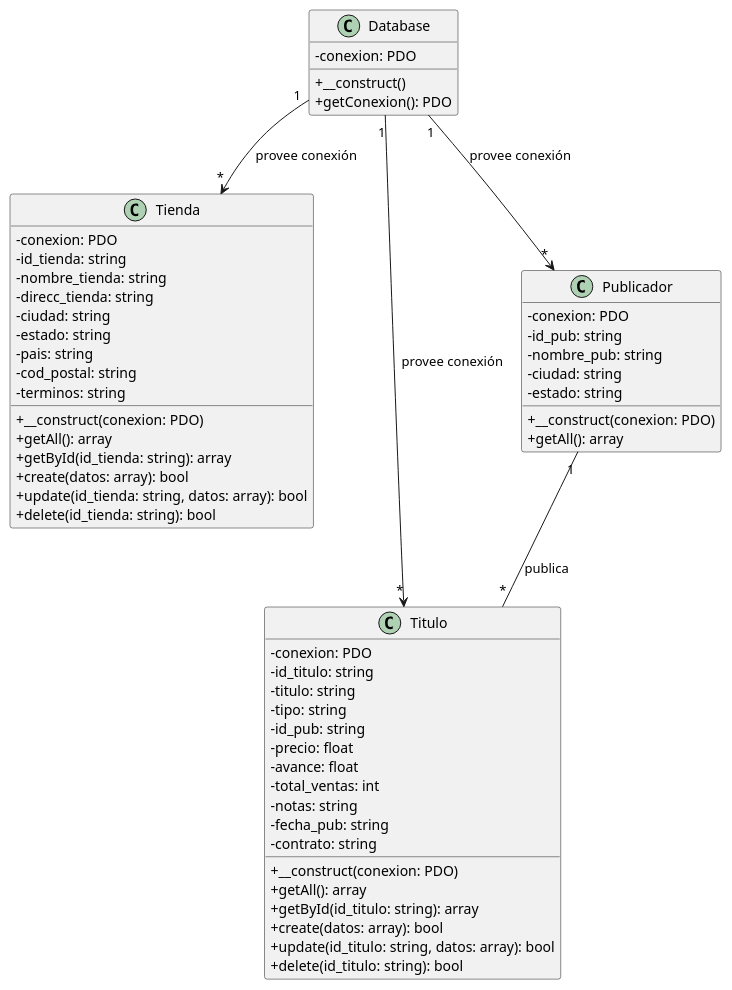
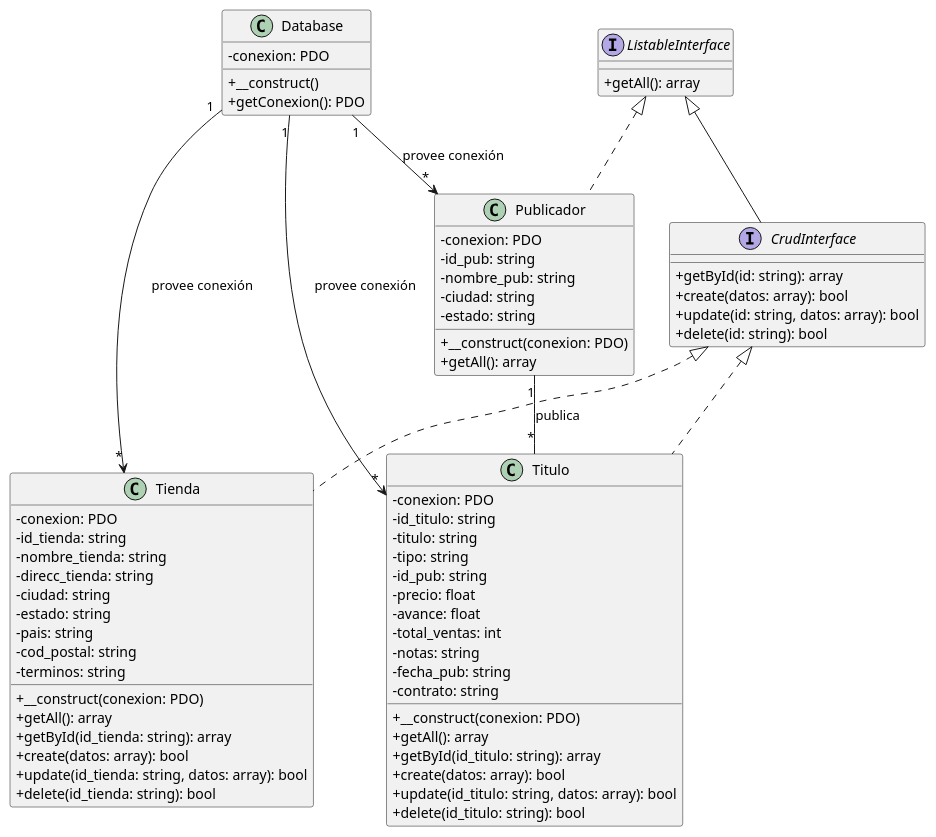
Before and after one commit to viloriorosa09-dot/bookmanager: the diagram in docs/uml/diagrama-clases.puml, drawn with PlantUML.

Commit message:
Add interfaces for Listable and CRUD operations

```diff
--- a/docs/uml/diagrama-clases.puml
+++ b/docs/uml/diagrama-clases.puml
@@ -1,62 +1,78 @@
 @startuml
 skinparam classAttributeIconSize 0
+
+interface ListableInterface {
+  +getAll(): array
+}
+
+interface CrudInterface {
+  +getById(id: string): array
+  +create(datos: array): bool
+  +update(id: string, datos: array): bool
+  +delete(id: string): bool
+}
 
 class Database {
   -conexion: PDO
   +__construct()
   +getConexion(): PDO
 }
 
 class Tienda {
   -conexion: PDO
   -id_tienda: string
   -nombre_tienda: string
   -direcc_tienda: string
   -ciudad: string
   -estado: string
   -pais: string
   -cod_postal: string
   -terminos: string
   +__construct(conexion: PDO)
   +getAll(): array
   +getById(id_tienda: string): array
   +create(datos: array): bool
   +update(id_tienda: string, datos: array): bool
   +delete(id_tienda: string): bool
 }
 
 class Titulo {
   -conexion: PDO
   -id_titulo: string
   -titulo: string
   -tipo: string
   -id_pub: string
   -precio: float
   -avance: float
   -total_ventas: int
   -notas: string
   -fecha_pub: string
   -contrato: string
   +__construct(conexion: PDO)
   +getAll(): array
   +getById(id_titulo: string): array
   +create(datos: array): bool
   +update(id_titulo: string, datos: array): bool
   +delete(id_titulo: string): bool
 }
 
 class Publicador {
   -conexion: PDO
   -id_pub: string
   -nombre_pub: string
   -ciudad: string
   -estado: string
   +__construct(conexion: PDO)
   +getAll(): array
 }
 
+ListableInterface <|-- CrudInterface
+CrudInterface <|.. Tienda
+CrudInterface <|.. Titulo
+ListableInterface <|.. Publicador
+
 Database "1" --> "*" Tienda : provee conexión
 Database "1" --> "*" Titulo : provee conexión
 Database "1" --> "*" Publicador : provee conexión
 Publicador "1" -- "*" Titulo : publica
 @enduml
```
